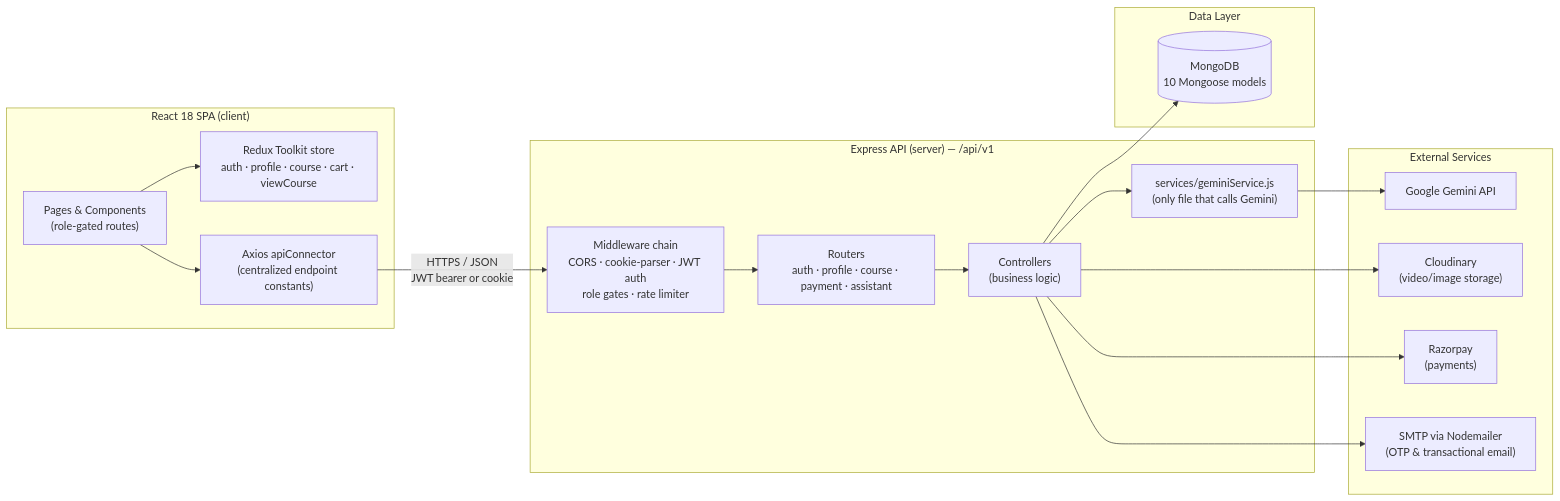
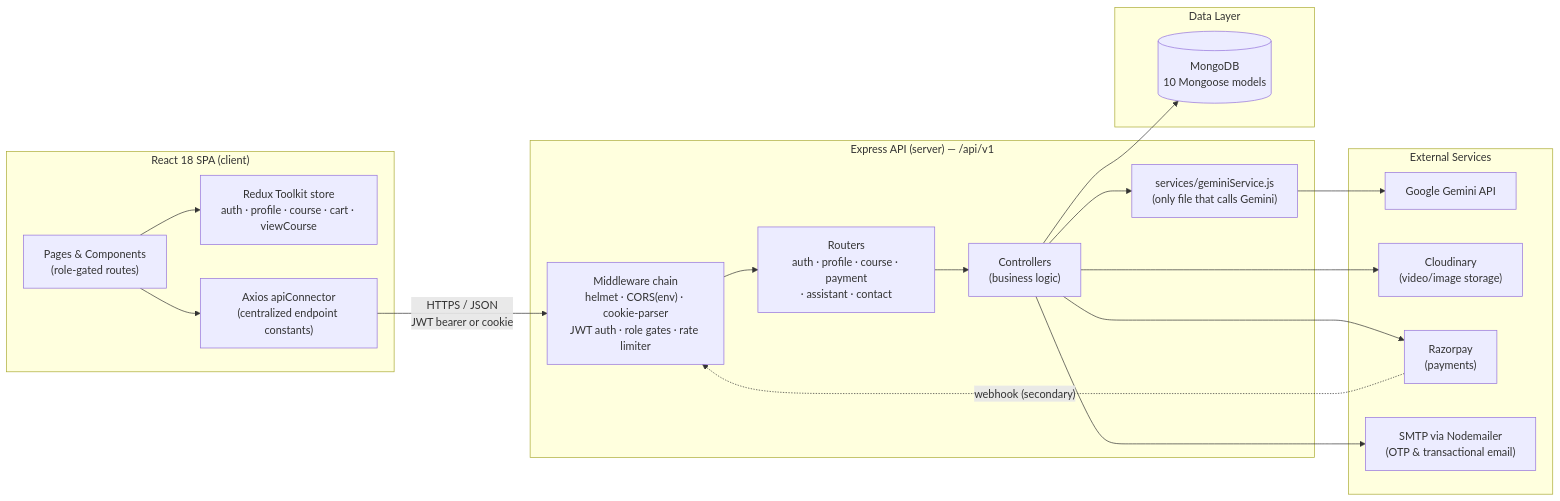
Before and after one commit to Raaghav-09/Synapse: the first of 4 diagrams in README.md, drawn with Mermaid. The commit also changed other lines of this file and 2 other files, not shown here.

First line of the commit message:
docs: update README and env sample for the current codebase

````diff
--- a/README.md
+++ b/README.md
@@ -77,37 +83,38 @@
 ```mermaid
 flowchart LR
     subgraph CLIENT["React 18 SPA (client)"]
         UI["Pages & Components<br/>(role-gated routes)"]
         STORE["Redux Toolkit store<br/>auth · profile · course · cart · viewCourse"]
         AX["Axios apiConnector<br/>(centralized endpoint constants)"]
         UI --> STORE
         UI --> AX
     end
 
     subgraph SERVER["Express API (server) — /api/v1"]
-        MW["Middleware chain<br/>CORS · cookie-parser · JWT auth<br/>role gates · rate limiter"]
-        ROUTES["Routers<br/>auth · profile · course · payment · assistant"]
+        MW["Middleware chain<br/>helmet · CORS(env) · cookie-parser<br/>JWT auth · role gates · rate limiter"]
+        ROUTES["Routers<br/>auth · profile · course · payment<br/>· assistant · contact"]
         CTRL["Controllers<br/>(business logic)"]
         SVC["services/geminiService.js<br/>(only file that calls Gemini)"]
         MW --> ROUTES --> CTRL
         CTRL --> SVC
     end
 
     subgraph DATA["Data Layer"]
         DB[("MongoDB<br/>10 Mongoose models")]
     end
 
     subgraph EXT["External Services"]
         GEMINI["Google Gemini API"]
         CLOUD["Cloudinary<br/>(video/image storage)"]
         RZP["Razorpay<br/>(payments)"]
         MAIL["SMTP via Nodemailer<br/>(OTP & transactional email)"]
     end
 
     AX -- "HTTPS / JSON<br/>JWT bearer or cookie" --> MW
     CTRL --> DB
     SVC --> GEMINI
     CTRL --> CLOUD
     CTRL --> RZP
     CTRL --> MAIL
+    RZP -. "webhook (secondary)" .-> MW
 ```
````
